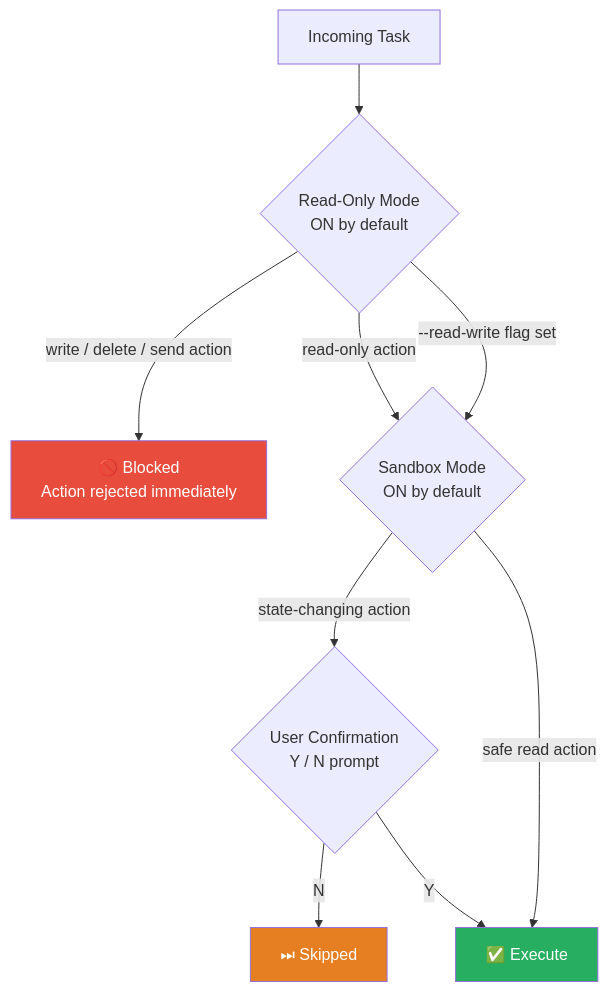
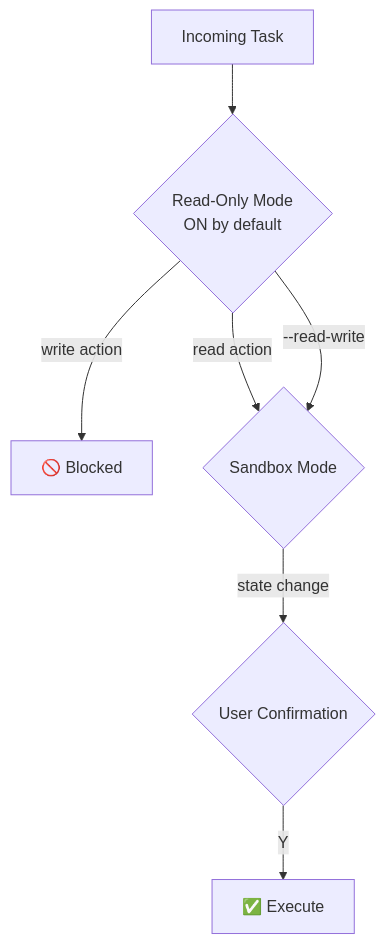
One commit to haseeb-heaven/gworkspace-agent changed the fourth of 4 diagrams in README.md. Above: the diagram before and after it, drawn with Mermaid. The commit also changed other lines of this file and 14 other files, not shown here.

````diff
--- a/README.md
+++ b/README.md
@@ -365,15 +257,9 @@
 ```mermaid
 flowchart TD
     REQ["Incoming Task"] --> RO{"Read-Only Mode\nON by default"}
-    RO -->|"write / delete / send action"| BLOCK["🚫 Blocked\nAction rejected immediately"]
-    RO -->|"read-only action"| SB{"Sandbox Mode\nON by default"}
-    SB -->|"state-changing action"| CONF{"User Confirmation\nY / N prompt"}
-    CONF -->|"N"| SKIP["⏭ Skipped"]
+    RO -->|"write action"| BLOCK["🚫 Blocked"]
+    RO -->|"read action"| SB{"Sandbox Mode"}
+    SB -->|"state change"| CONF{"User Confirmation"}
     CONF -->|"Y"| EXEC["✅ Execute"]
-    SB -->|"safe read action"| EXEC
-    RO -->|"--read-write flag set"| SB
-
-    style BLOCK fill:#E74C3C,color:#fff
-    style SKIP fill:#E67E22,color:#fff
-    style EXEC fill:#27AE60,color:#fff
+    RO -->|"--read-write"| SB
 ```
````
